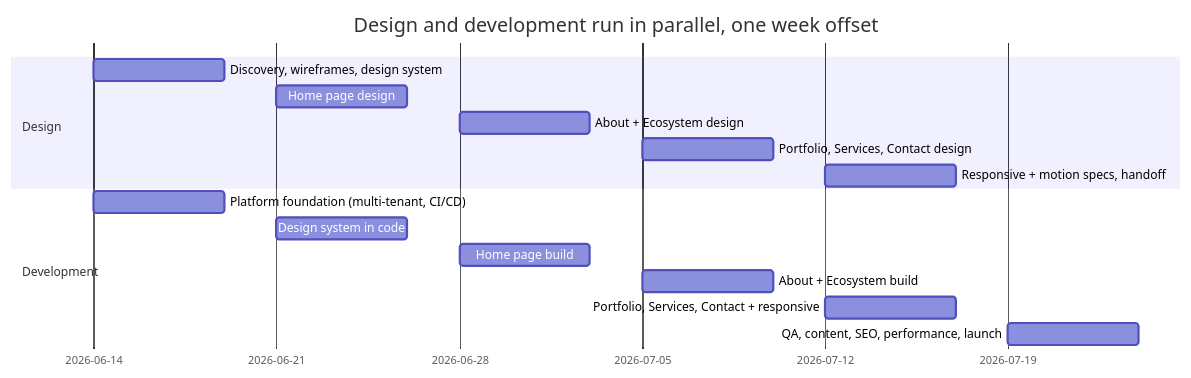
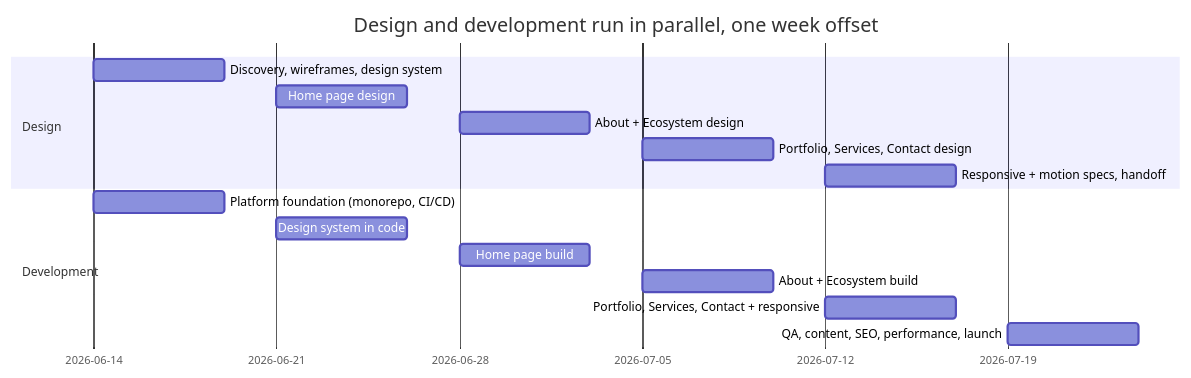
The diagram in content/about/timeline.mdx (Adawy-Group/adawy-technical-docs), drawn with Mermaid before and after one commit. The commit also changed other lines of this file and 11 other files, not shown here.

First line of the commit message:
Document the real platform structure: Turborepo monorepo with thin brand apps

````diff
--- a/content/about/timeline.mdx
+++ b/content/about/timeline.mdx
@@ -34,18 +34,18 @@
 ```mermaid
 gantt
     title Design and development run in parallel, one week offset
     dateFormat  YYYY-MM-DD
     section Design
     Discovery, wireframes, design system :2026-06-14, 5d
     Home page design                     :2026-06-21, 5d
     About + Ecosystem design             :2026-06-28, 5d
     Portfolio, Services, Contact design  :2026-07-05, 5d
     Responsive + motion specs, handoff   :2026-07-12, 5d
     section Development
-    Platform foundation (multi-tenant, CI/CD) :2026-06-14, 5d
+    Platform foundation (monorepo, CI/CD) :2026-06-14, 5d
     Design system in code                :2026-06-21, 5d
     Home page build                      :2026-06-28, 5d
     About + Ecosystem build              :2026-07-05, 5d
     Portfolio, Services, Contact + responsive :2026-07-12, 5d
     QA, content, SEO, performance, launch :2026-07-19, 5d
 ```
````
